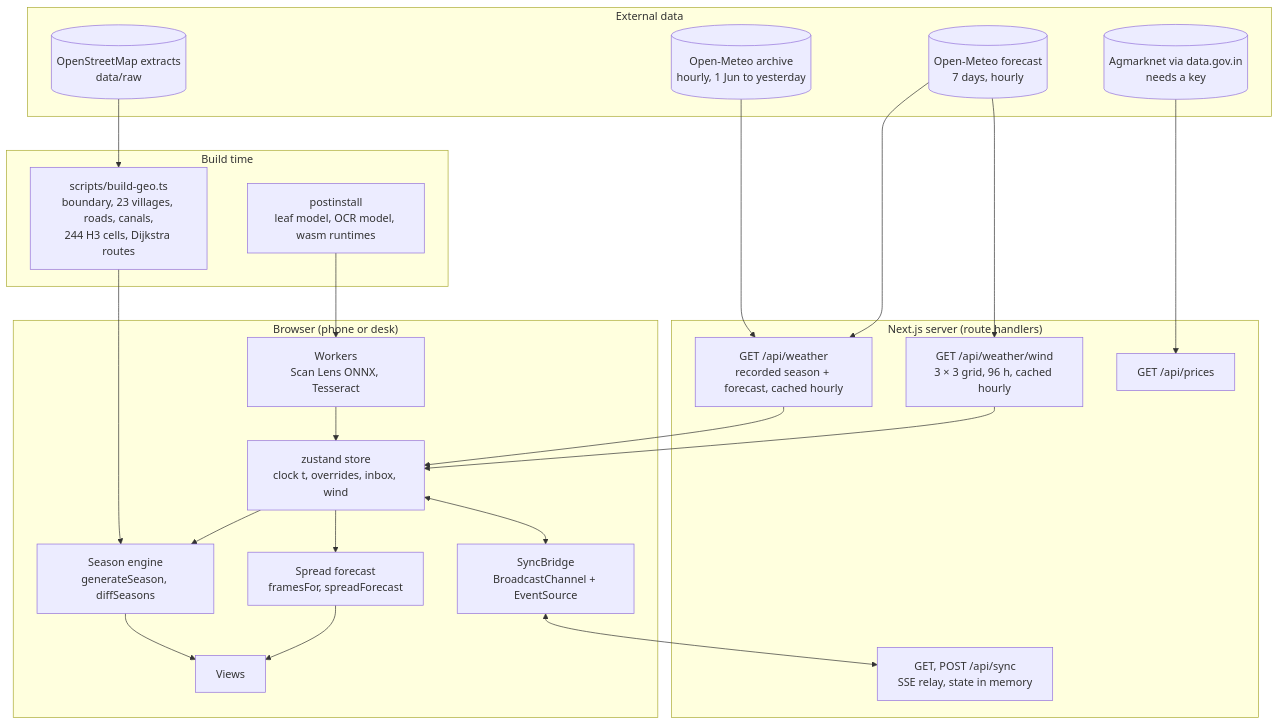
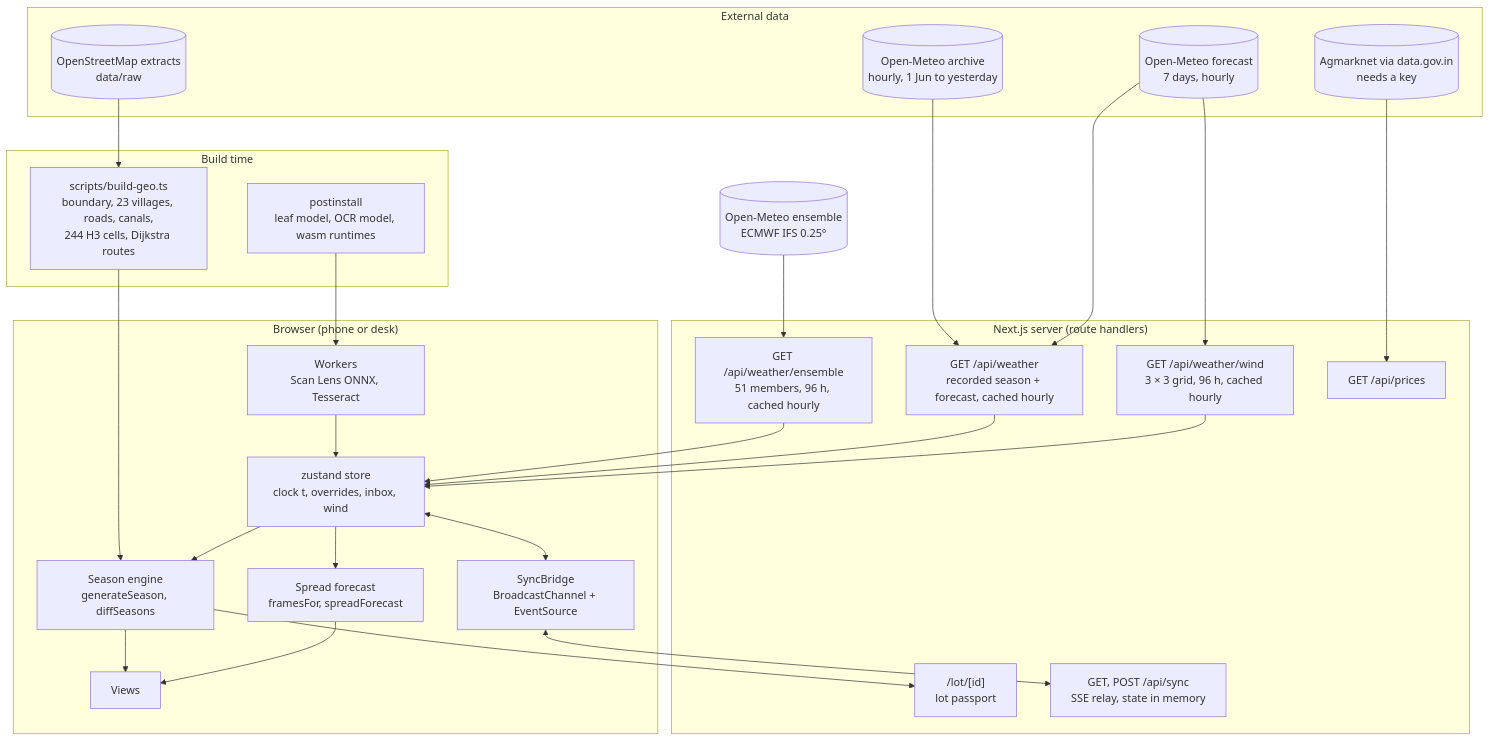
The first of 4 diagrams in docs/ARCHITECTURE.md (vizsh/KhetKundli), drawn with Mermaid before and after one commit. The commit also changed other lines of this file and 42 other files, not shown here.

````diff
--- a/docs/ARCHITECTURE.md
+++ b/docs/ARCHITECTURE.md
@@ -7,38 +7,43 @@
 ```mermaid
 flowchart TB
   subgraph Ext["External data"]
     OMA[(Open-Meteo archive<br/>hourly, 1 Jun to yesterday)]
     OMF[(Open-Meteo forecast<br/>7 days, hourly)]
     AG[(Agmarknet via data.gov.in<br/>needs a key)]
     OSM[(OpenStreetMap extracts<br/>data/raw)]
   end
   subgraph Build["Build time"]
     BG[scripts/build-geo.ts<br/>boundary, 23 villages, roads, canals,<br/>244 H3 cells, Dijkstra routes]
     MOD[postinstall<br/>leaf model, OCR model, wasm runtimes]
   end
   subgraph Srv["Next.js server (route handlers)"]
     W1["GET /api/weather<br/>recorded season + forecast, cached hourly"]
     W2["GET /api/weather/wind<br/>3 × 3 grid, 96 h, cached hourly"]
+    W3["GET /api/weather/ensemble<br/>51 members, 96 h, cached hourly"]
+    LP["/lot/[id]<br/>lot passport"]
     P1["GET /api/prices"]
     S1["GET, POST /api/sync<br/>SSE relay, state in memory"]
   end
   subgraph Client["Browser (phone or desk)"]
     ST[zustand store<br/>clock t, overrides, inbox, wind]
     EN[Season engine<br/>generateSeason, diffSeasons]
     FC[Spread forecast<br/>framesFor, spreadForecast]
     SB[SyncBridge<br/>BroadcastChannel + EventSource]
     WK[Workers<br/>Scan Lens ONNX, Tesseract]
     UI[Views]
   end
   OMA --> W1
   OMF --> W1 & W2
+  OME[(Open-Meteo ensemble<br/>ECMWF IFS 0.25°)] --> W3
+  W3 --> ST
+  EN --> LP
   AG --> P1
   OSM --> BG --> EN
   MOD --> WK
   W1 --> ST
   W2 --> ST
   ST --> EN --> UI
   ST --> FC --> UI
   WK --> ST
   ST <--> SB <--> S1
 ```
````
